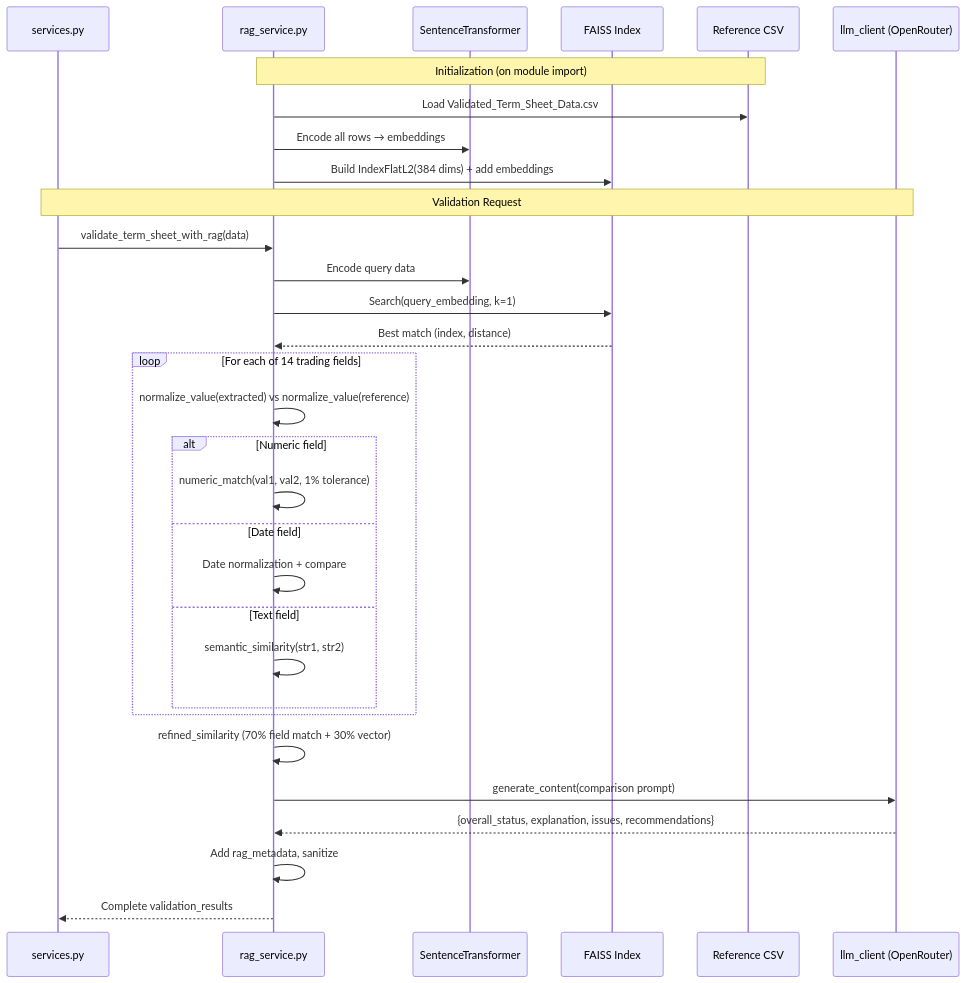
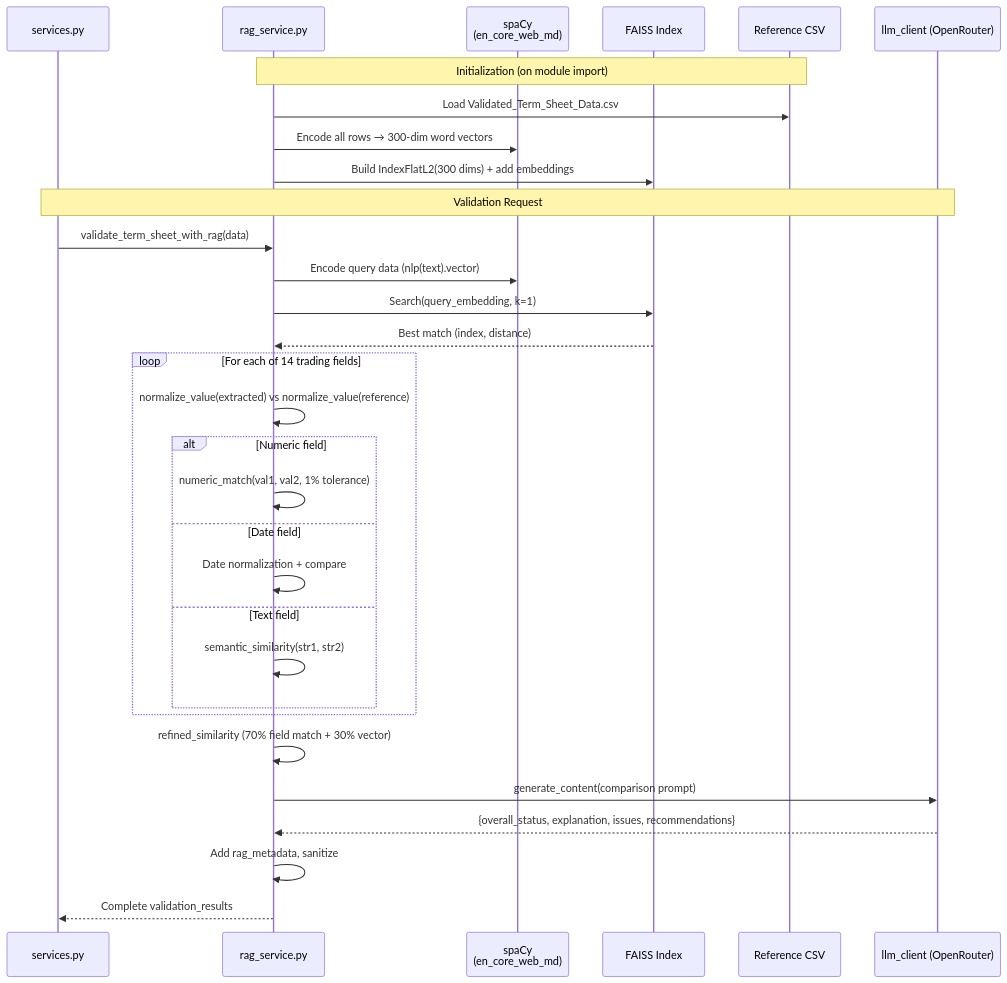
Before and after one commit to Atharva-Dhavale/NeuroLex: the fifth of 5 diagrams in DOCUMENTATION.md, drawn with Mermaid. The commit also changed other lines of this file and 7 other files, not shown here.

First line of the commit message:
refactor: replace sentence-transformers with spaCy to reduce Docker image size

````diff
--- a/DOCUMENTATION.md
+++ b/DOCUMENTATION.md
@@ -724,37 +728,37 @@
 ```mermaid
 sequenceDiagram
     participant Svc as services.py
     participant RAG as rag_service.py
-    participant ST as SentenceTransformer
+    participant NLP as spaCy<br/>(en_core_web_md)
     participant FI as FAISS Index
     participant CSV as Reference CSV
     participant LLM as llm_client (OpenRouter)
 
     Note over RAG,CSV: Initialization (on module import)
     RAG->>CSV: Load Validated_Term_Sheet_Data.csv
-    RAG->>ST: Encode all rows → embeddings
-    RAG->>FI: Build IndexFlatL2(384 dims) + add embeddings
+    RAG->>NLP: Encode all rows → 300-dim word vectors
+    RAG->>FI: Build IndexFlatL2(300 dims) + add embeddings
 
     Note over Svc,LLM: Validation Request
     Svc->>RAG: validate_term_sheet_with_rag(data)
-    RAG->>ST: Encode query data
+    RAG->>NLP: Encode query data (nlp(text).vector)
     RAG->>FI: Search(query_embedding, k=1)
     FI-->>RAG: Best match (index, distance)
 
     loop For each of 14 trading fields
         RAG->>RAG: normalize_value(extracted) vs normalize_value(reference)
         alt Numeric field
             RAG->>RAG: numeric_match(val1, val2, 1% tolerance)
         else Date field
             RAG->>RAG: Date normalization + compare
         else Text field
             RAG->>RAG: semantic_similarity(str1, str2)
         end
     end
 
     RAG->>RAG: refined_similarity (70% field match + 30% vector)
     RAG->>LLM: generate_content(comparison prompt)
     LLM-->>RAG: {overall_status, explanation, issues, recommendations}
     RAG->>RAG: Add rag_metadata, sanitize
     RAG-->>Svc: Complete validation_results
 ```
````
